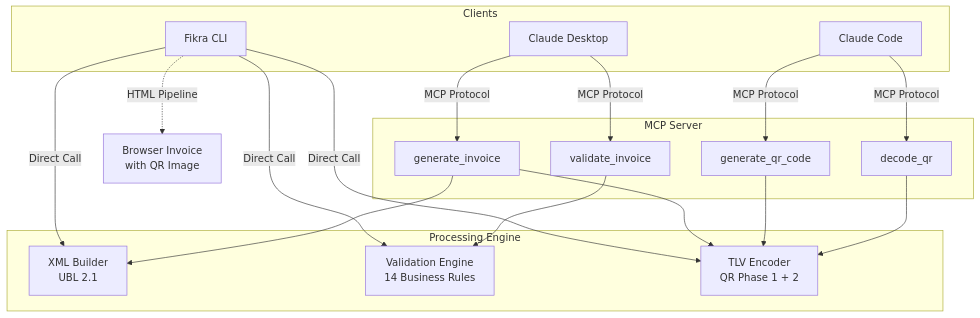
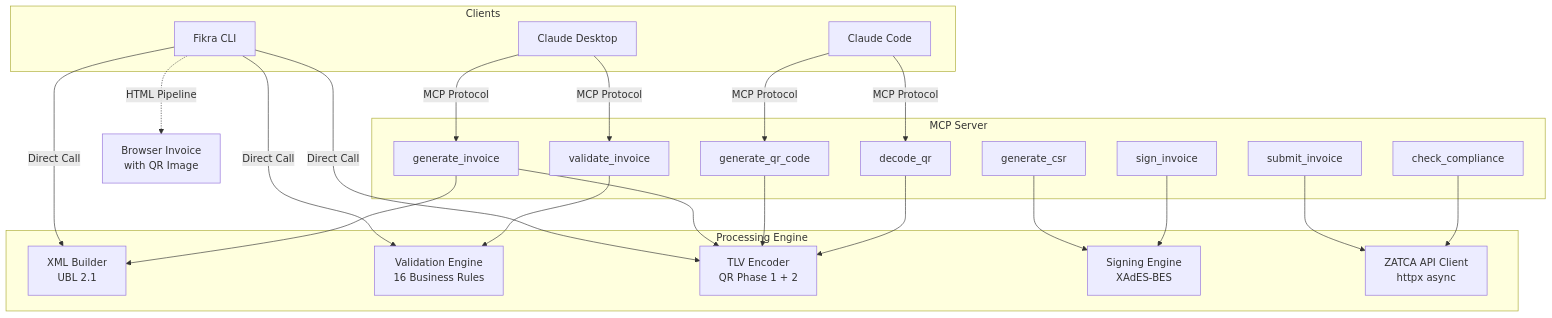
The diagram in README.md (DoubleH10/zatca-mcp), drawn with Mermaid before and after one commit. The commit also changed other lines of this file and 14 other files, not shown here.

First line of the commit message:
Phase 2: digital signing, ZATCA API, credit/debit notes, system design doc

````diff
--- a/README.md
+++ b/README.md
@@ -44,37 +47,47 @@
 ```mermaid
 graph TD
     subgraph Clients
         A[Claude Desktop]
         B[Claude Code]
         C[Fikra CLI]
     end
 
     subgraph MCP Server
         D[generate_invoice]
         E[generate_qr_code]
         F[validate_invoice]
         G[decode_qr]
+        D2[generate_csr]
+        D3[sign_invoice]
+        D4[submit_invoice]
+        D5[check_compliance]
     end
 
     subgraph Processing Engine
         H[XML Builder<br/>UBL 2.1]
-        I[Validation Engine<br/>14 Business Rules]
+        I[Validation Engine<br/>16 Business Rules]
         J[TLV Encoder<br/>QR Phase 1 + 2]
+        S[Signing Engine<br/>XAdES-BES]
+        API[ZATCA API Client<br/>httpx async]
     end
 
     A -- MCP Protocol --> D
     B -- MCP Protocol --> E
     A -- MCP Protocol --> F
     B -- MCP Protocol --> G
 
     C -- Direct Call --> H
     C -- Direct Call --> I
     C -- Direct Call --> J
     C -. HTML Pipeline .-> K[Browser Invoice<br/>with QR Image]
 
     D --> H
     D --> J
     E --> J
     F --> I
     G --> J
+    D2 --> S
+    D3 --> S
+    D4 --> API
+    D5 --> API
 ```
````
